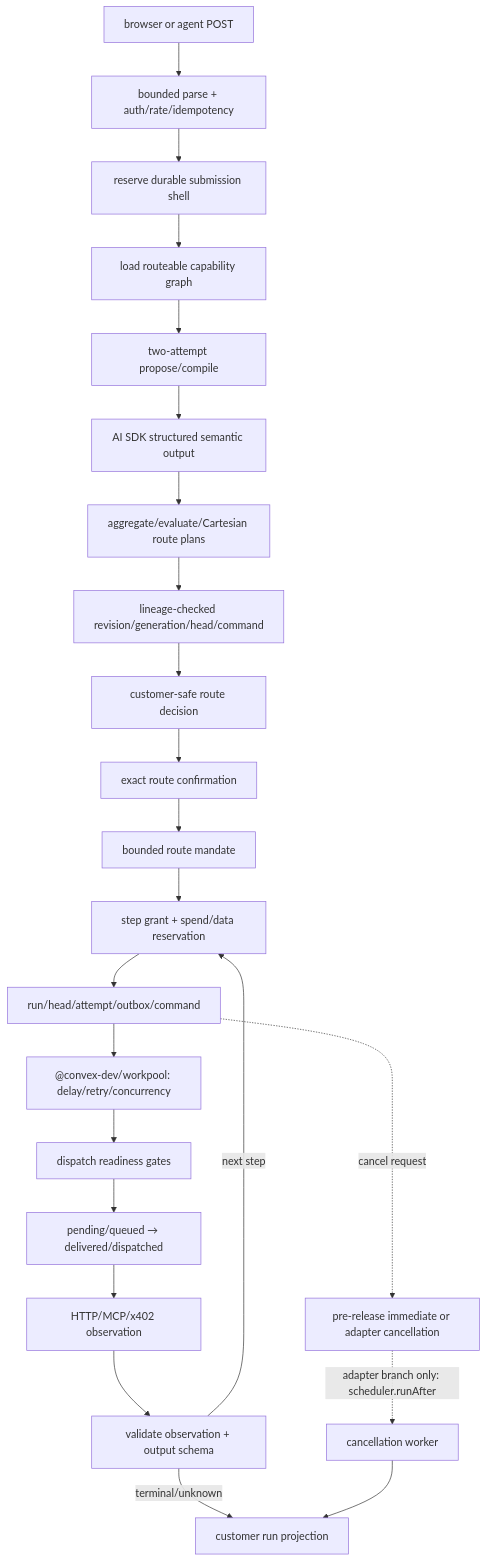
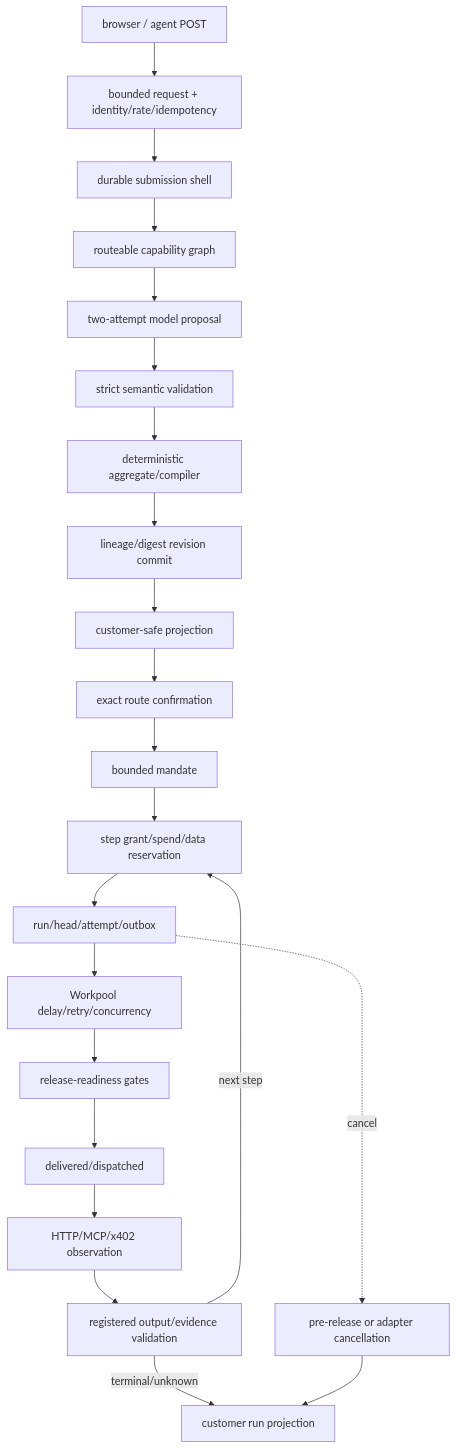
Before and after one commit to CreasyBear/Agentic-Economy: the second of 3 diagrams in .planning/codebase/PROMPT-DATA-FLOW.md, drawn with Mermaid. The commit also changed other lines of this file and 7 other files, not shown here.

````diff
--- a/.planning/codebase/PROMPT-DATA-FLOW.md
+++ b/.planning/codebase/PROMPT-DATA-FLOW.md
@@ -104,25 +113,16 @@
 ```mermaid
 flowchart TD
-  IN["browser or agent POST"] --> ADMIT["bounded parse + auth/rate/idempotency"]
-  ADMIT --> SHELL["reserve durable submission shell"]
-  SHELL --> GRAPH["load routeable capability graph"]
-  GRAPH --> INTERPRET["two-attempt propose/compile"]
-  INTERPRET --> STRUCT["AI SDK structured semantic output"]
-  STRUCT --> COMPILE["aggregate/evaluate/Cartesian route plans"]
-  COMPILE --> STORE["lineage-checked revision/generation/head/command"]
-  STORE --> DECIDE["customer-safe route decision"]
-  DECIDE --> CONFIRM["exact route confirmation"]
-  CONFIRM --> MANDATE["bounded route mandate"]
-  MANDATE --> GRANT["step grant + spend/data reservation"]
-  GRANT --> JOURNAL["run/head/attempt/outbox/command"]
-  JOURNAL --> POOL["@convex-dev/workpool: delay/retry/concurrency"]
-  POOL --> OPEN["dispatch readiness gates"]
-  OPEN --> RELEASE["pending/queued → delivered/dispatched"]
-  RELEASE --> TRANSPORT["HTTP/MCP/x402 observation"]
-  TRANSPORT --> OUTCOME["validate observation + output schema"]
+  IN["browser / agent POST"] --> ADMIT["bounded request + identity/rate/idempotency"]
+  ADMIT --> SHELL["durable submission shell"] --> GRAPH["routeable capability graph"]
+  GRAPH --> INTERPRET["two-attempt model proposal"] --> VALIDATE["strict semantic validation"]
+  VALIDATE --> COMPILE["deterministic aggregate/compiler"]
+  COMPILE --> COMMIT["lineage/digest revision commit"] --> DECISION["customer-safe projection"]
+  DECISION --> CONFIRM["exact route confirmation"] --> MANDATE["bounded mandate"]
+  MANDATE --> GRANT["step grant/spend/data reservation"] --> JOURNAL["run/head/attempt/outbox"]
+  JOURNAL --> POOL["Workpool delay/retry/concurrency"] --> OPEN["release-readiness gates"]
+  OPEN --> RELEASE["delivered/dispatched"] --> TRANSPORT["HTTP/MCP/x402 observation"]
+  TRANSPORT --> OUTCOME["registered output/evidence validation"]
   OUTCOME -->|next step| GRANT
-  OUTCOME -->|terminal/unknown| PROJECT["customer run projection"]
-  JOURNAL -.->|cancel request| CANCEL["pre-release immediate or adapter cancellation"]
-  CANCEL -.->|adapter branch only: scheduler.runAfter| CWORKER["cancellation worker"]
-  CWORKER --> PROJECT
+  OUTCOME -->|terminal/unknown| RUNPROJ["customer run projection"]
+  JOURNAL -. cancel .-> CANCEL["pre-release or adapter cancellation"] --> RUNPROJ
 ```
````
